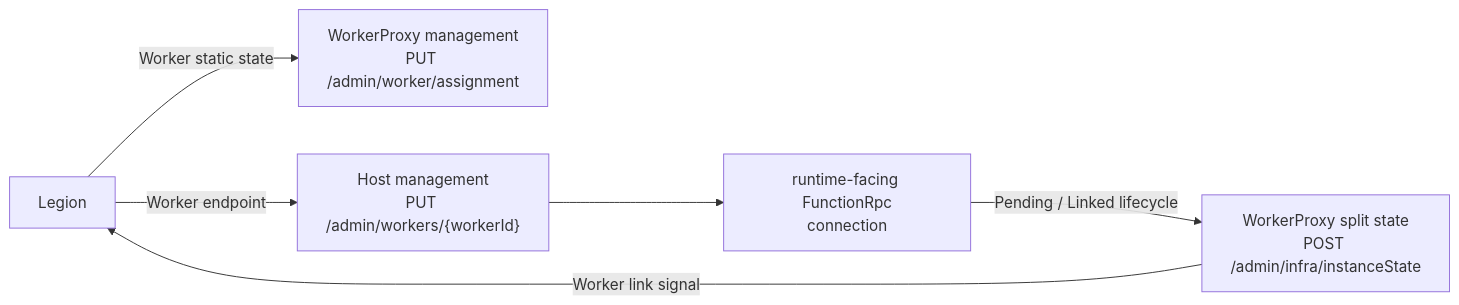
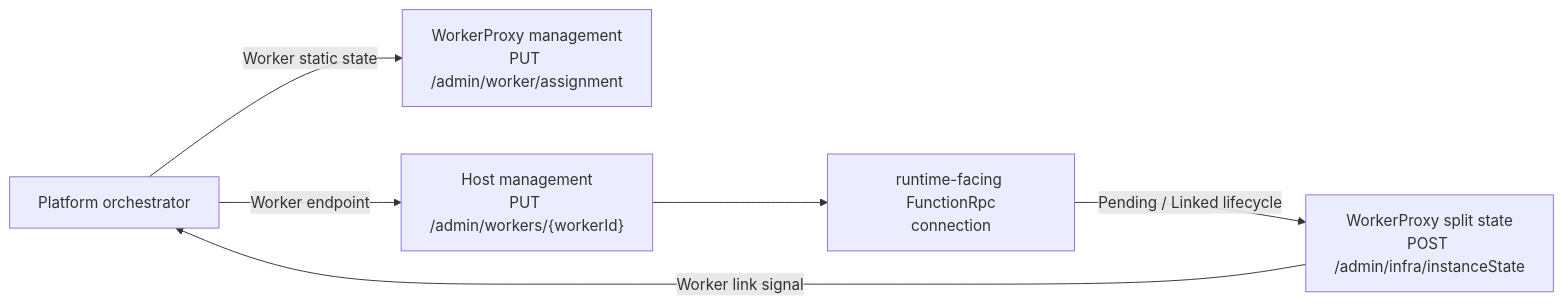
One commit to Azure/azure-functions-host changed the first of 4 diagrams in tools/ComputeSeparation/BYOCSplitWorkerSignals.md. Above: the diagram before and after it, drawn with Mermaid. The commit also changed other lines of this file and 1 other file, not shown here.

First line of the commit message:
Make split Worker signal docs production ready

````diff
--- a/tools/ComputeSeparation/BYOCSplitWorkerSignals.md
+++ b/tools/ComputeSeparation/BYOCSplitWorkerSignals.md
@@ -42,14 +31,14 @@
 ```mermaid
 flowchart LR
-    Legion["Legion"]
+    Platform["Platform orchestrator"]
     Assignment["WorkerProxy management<br/>PUT /admin/worker/assignment"]
     LinkApi["Host management<br/>PUT /admin/workers/{workerId}"]
     FunctionRpc["runtime-facing FunctionRpc<br/>connection"]
     SplitState["WorkerProxy split state<br/>POST /admin/infra/instanceState"]
 
-    Legion -->|"Worker static state"| Assignment
-    Legion -->|"Worker endpoint"| LinkApi
+    Platform -->|"Worker static state"| Assignment
+    Platform -->|"Worker endpoint"| LinkApi
     LinkApi --> FunctionRpc
     FunctionRpc -->|"Pending / Linked lifecycle"| SplitState
-    SplitState -->|"Worker link signal"| Legion
+    SplitState -->|"Worker link signal"| Platform
 ```
````
